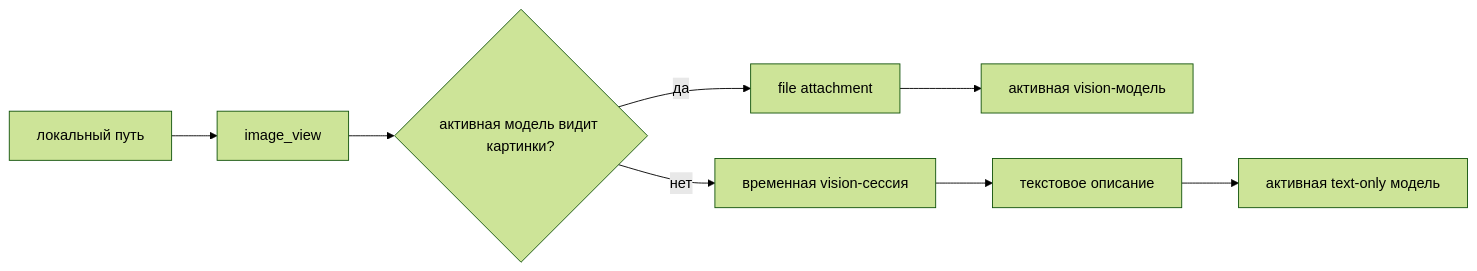
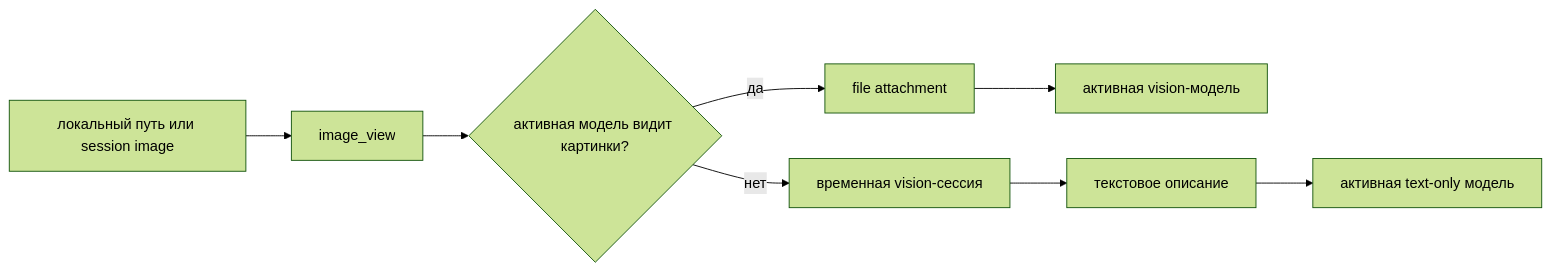
Before and after one commit to Krablante/opencode-see: the diagram in README.ru.md, drawn with Mermaid (forest theme). The commit also changed other lines of this file and 17 other files, not shown here.

````diff
--- a/README.ru.md
+++ b/README.ru.md
@@ -51,10 +53,10 @@
 ```mermaid
 flowchart LR
-  P[локальный путь] --> T[image_view]
+  P[локальный путь или session image] --> T[image_view]
   T --> C{активная модель видит картинки?}
   C -->|да| A[file attachment]
   A --> M[активная vision-модель]
   C -->|нет| D[временная vision-сессия]
   D --> X[текстовое описание]
   X --> N[активная text-only модель]
 ```
````
